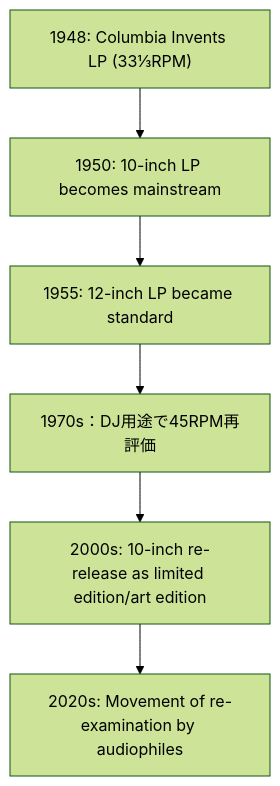
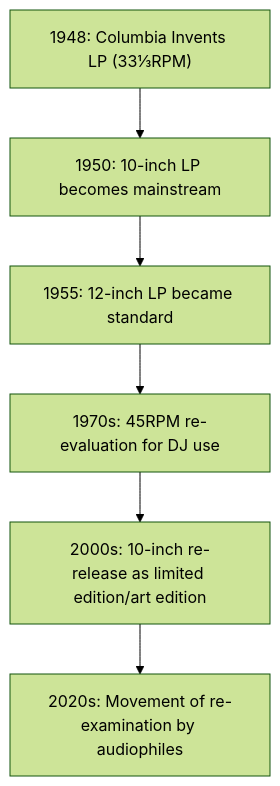
Before and after one commit to monumental-movement/monumental-movement.github.io: the first of 3 diagrams in en/_posts/2025-10-11-Colum-10-Inch-Vinyl-Tech.md, drawn with Mermaid (forest theme). The commit also changed other lines of this file and 99 other files, not shown here.

```diff
--- a/en/_posts/2025-10-11-Colum-10-Inch-Vinyl-Tech.md
+++ b/en/_posts/2025-10-11-Colum-10-Inch-Vinyl-Tech.md
@@ -175,14 +175,14 @@
 <div class="mermaid">
 
 flowchart TD
     A1948["1948: Columbia Invents LP (33⅓RPM)"]
     A1950["1950: 10-inch LP becomes mainstream"]
     A1955["1955: 12-inch LP became standard"]
-    A1970["1970s：DJ用途で45RPM再評価"]
+    A1970["1970s: 45RPM re-evaluation for DJ use"]
     A2000["2000s: 10-inch re-release as limited edition/art edition"]
     A2020["2020s: Movement of re-examination by audiophiles"]
 
     A1948 --> A1950 --> A1955 --> A1970 --> A2000 --> A2020
 
 
 </div>
```
